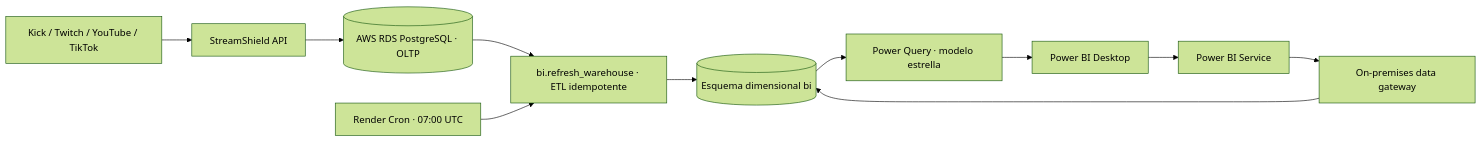
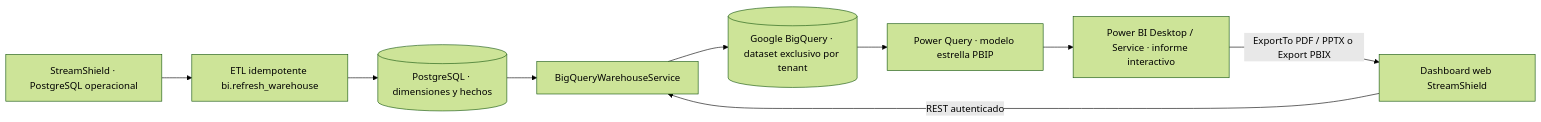
Before and after one commit to NlsG09201/Anti-Bots: the diagram in business-intelligence/README.md, drawn with Mermaid (forest theme). The commit also changed other lines of this file and 24 other files, not shown here.

Commit message:
feat: actualizar integración de BigQuery y Power BI, eliminando parámetros innecesarios y mejorando la sincronización de datos

````diff
--- a/business-intelligence/README.md
+++ b/business-intelligence/README.md
@@ -15,13 +7,11 @@
 ```mermaid
 flowchart LR
-    A[Kick / Twitch / YouTube / TikTok] --> B[StreamShield API]
-    B --> C[(AWS RDS PostgreSQL · OLTP)]
-    C --> D[bi.refresh_warehouse · ETL idempotente]
-    D --> E[(Esquema dimensional bi)]
-    E --> F[Power Query · modelo estrella]
-    F --> G[Power BI Desktop]
-    G --> H[Power BI Service]
-    I[Render Cron · 07:00 UTC] --> D
-    J[On-premises data gateway] --> E
-    H --> J
+  A[StreamShield · PostgreSQL operacional] --> B[ETL idempotente bi.refresh_warehouse]
+  B --> C[(PostgreSQL · dimensiones y hechos)]
+  C --> D[BigQueryWarehouseService]
+  D --> E[(Google BigQuery · dataset exclusivo por tenant)]
+  E --> F[Power Query · modelo estrella PBIP]
+  F --> G[Power BI Desktop / Service · informe interactivo]
+  H[Dashboard web StreamShield] -->|REST autenticado| D
+  G -->|ExportTo PDF / PPTX o Export PBIX| H
 ```
````
